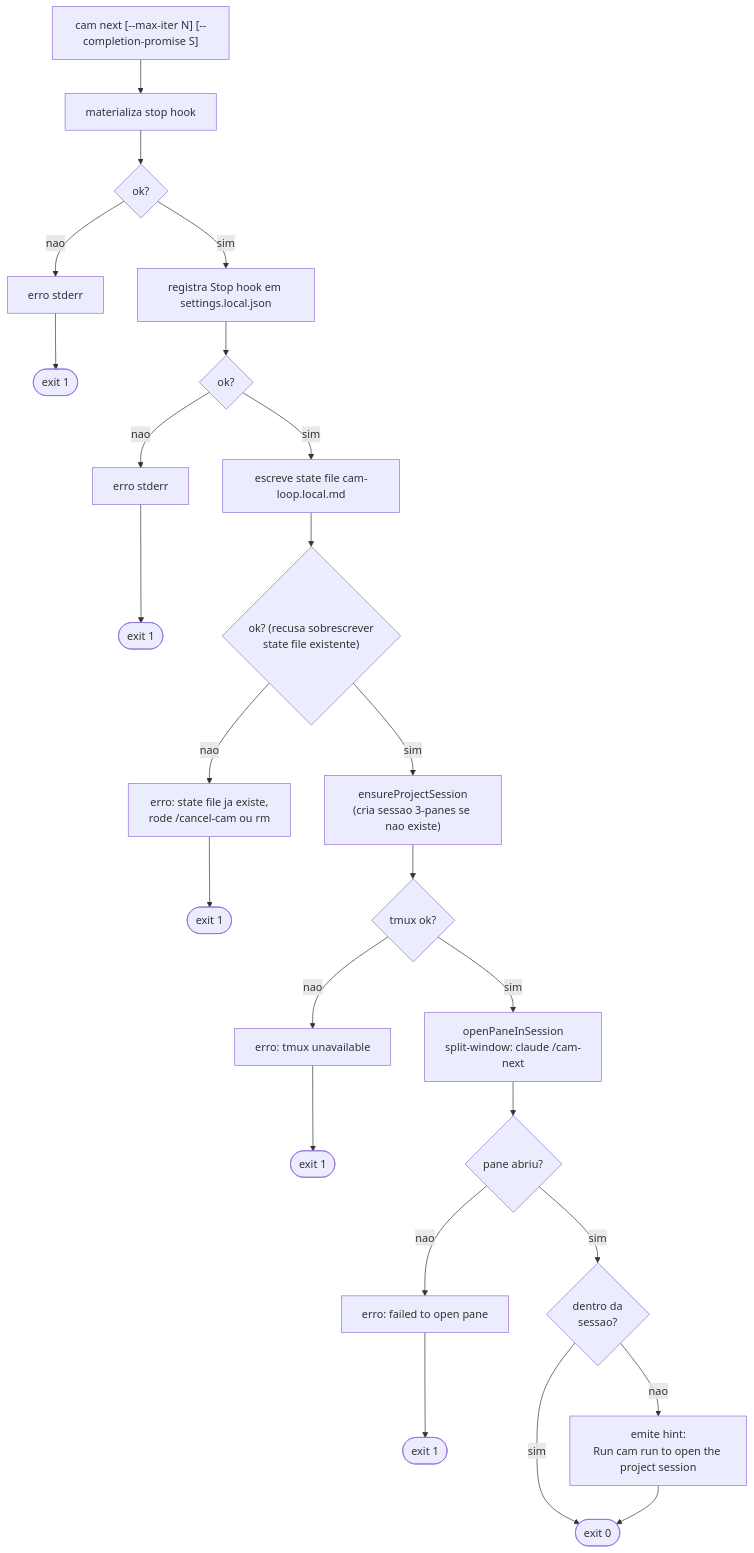
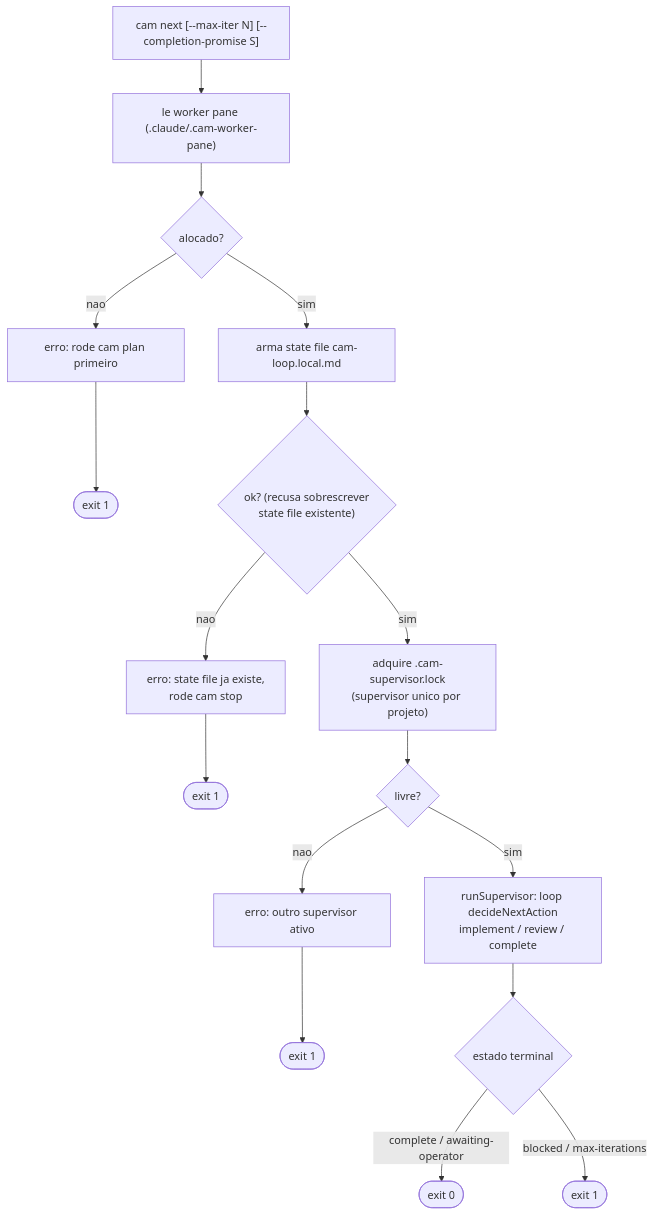
Before and after one commit to eduardocaminha/cam-cli: the fifth of 10 diagrams in FLOW.md, drawn with Mermaid. The commit also changed other lines of this file and 3 other files, not shown here.

First line of the commit message:
CAM-4: retire dead APPROVE byte-scan + reconcile FLOW.md to the supervisor model (re-scoped) (#36)

````diff
--- a/FLOW.md
+++ b/FLOW.md
@@ -218,24 +223,16 @@
 ```mermaid
 flowchart TD
-    A["cam next [--max-iter N] [--completion-promise S]"] --> H1["materializa stop hook"]
-    H1 --> H1OK{ok?}
-    H1OK -->|nao| F1["erro stderr"] --> E1(["exit 1"])
-    H1OK -->|sim| H2["registra Stop hook em settings.local.json"]
-    H2 --> H2OK{ok?}
-    H2OK -->|nao| F2["erro stderr"] --> E2(["exit 1"])
-    H2OK -->|sim| H3["escreve state file cam-loop.local.md"]
+    A["cam next [--max-iter N] [--completion-promise S]"] --> WP["le worker pane (.claude/.cam-worker-pane)"]
+    WP --> WPOK{"alocado?"}
+    WPOK -->|nao| F1["erro: rode cam plan primeiro"] --> E1(["exit 1"])
+    WPOK -->|sim| H3["arma state file cam-loop.local.md"]
     H3 --> H3OK{"ok? (recusa sobrescrever<br/>state file existente)"}
-    H3OK -->|nao| F3["erro: state file ja existe,<br/>rode /cancel-cam ou rm"] --> E3(["exit 1"])
-
-    H3OK -->|sim| SESSION["ensureProjectSession<br/>(cria sessao 3-panes se nao existe)"]
-    SESSION --> TMUXOK{"tmux ok?"}
-    TMUXOK -->|nao| FERR["erro: tmux unavailable"] --> EERR(["exit 1"])
-    TMUXOK -->|sim| PANE["openPaneInSession<br/>split-window: claude /cam-next"]
-    PANE --> PANEOK{"pane abriu?"}
-    PANEOK -->|nao| FERR2["erro: failed to open pane"] --> EERR2(["exit 1"])
-
-    PANEOK -->|sim| INSIDE{"dentro da<br/>sessao?"}
-    INSIDE -->|nao| HINT["emite hint:<br/>Run cam run to open the project session"]
-    INSIDE -->|sim| E0
-    HINT --> E0(["exit 0"])
+    H3OK -->|nao| F3["erro: state file ja existe,<br/>rode cam stop"] --> E3(["exit 1"])
+    H3OK -->|sim| LOCK["adquire .cam-supervisor.lock<br/>(supervisor unico por projeto)"]
+    LOCK --> LOCKOK{"livre?"}
+    LOCKOK -->|nao| F4["erro: outro supervisor ativo"] --> E4(["exit 1"])
+    LOCKOK -->|sim| SUP["runSupervisor: loop decideNextAction<br/>implement / review / complete"]
+    SUP --> TERM{"estado terminal"}
+    TERM -->|"complete / awaiting-operator"| E0(["exit 0"])
+    TERM -->|"blocked / max-iterations"| E5(["exit 1"])
 ```
````
